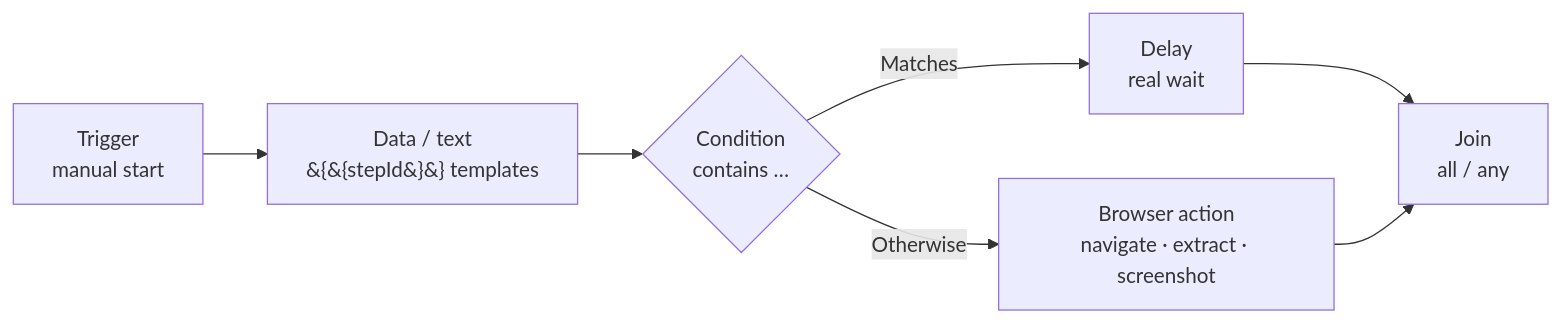
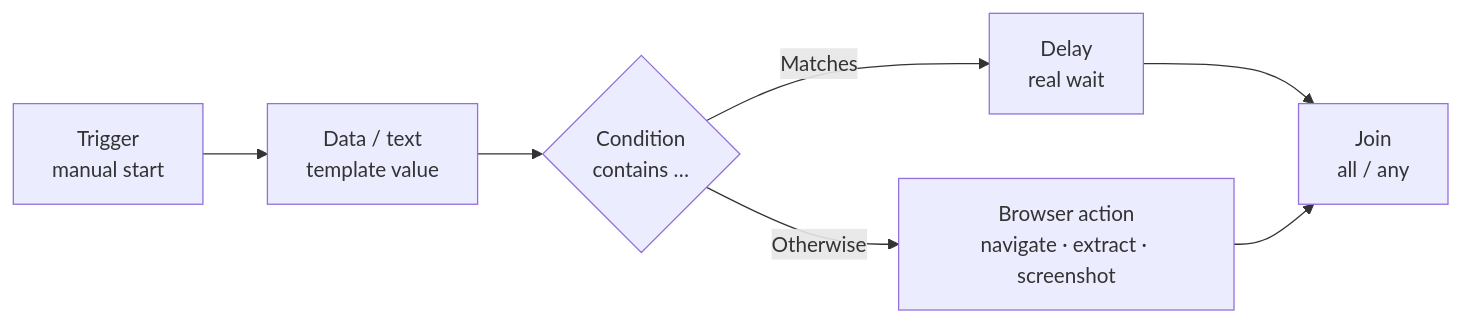
One commit to maisamabbas0323/flowloom changed the diagram in README.md. Above: the diagram before and after it, drawn with Mermaid.

Commit message:
Fix README Mermaid diagram rendering

````diff
--- a/README.md
+++ b/README.md
@@ -113,9 +113,9 @@
 ```mermaid
 flowchart LR
-    A[Trigger<br/>manual start] --> B[Data / text<br/>&#123;&#123;stepId&#125;&#125; templates]
-    B --> C{Condition<br/>contains …}
-    C -->|Matches| D[Delay<br/>real wait]
-    C -->|Otherwise| E[Browser action<br/>navigate · extract · screenshot]
-    D --> F[Join<br/>all / any]
+    A["Trigger<br/>manual start"] --> B["Data / text<br/>template value"]
+    B --> C{"Condition<br/>contains …"}
+    C -->|Matches| D["Delay<br/>real wait"]
+    C -->|Otherwise| E["Browser action<br/>navigate · extract · screenshot"]
+    D --> F["Join<br/>all / any"]
     E --> F
 ```
````
